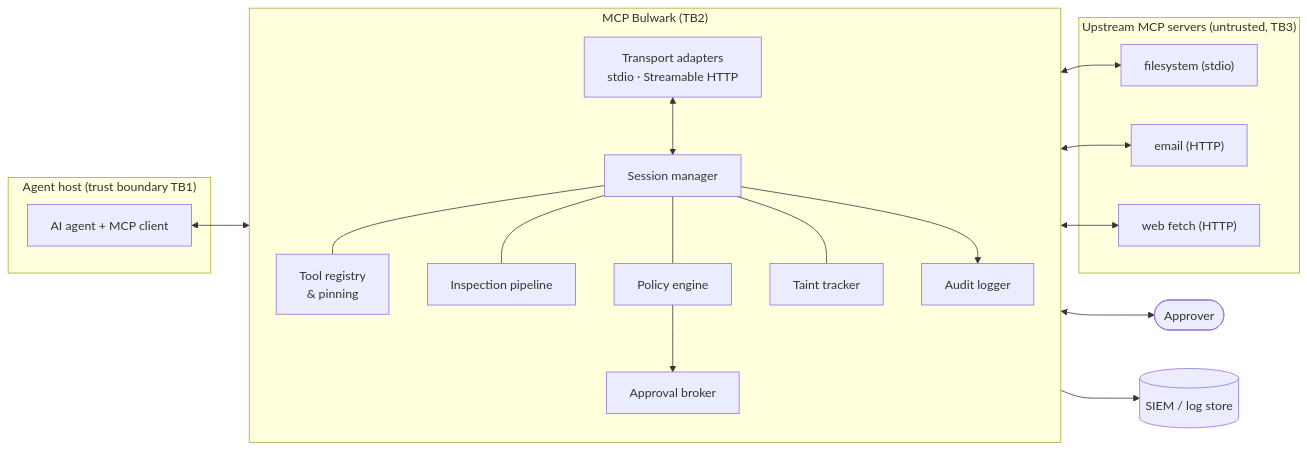
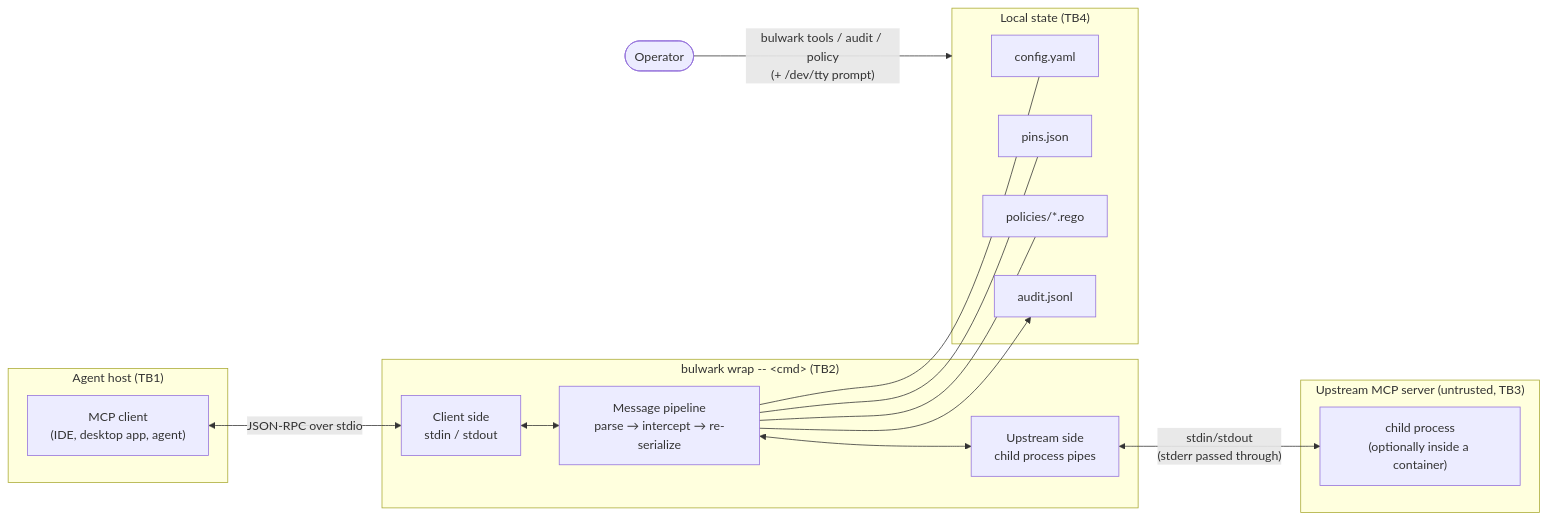
Before and after one commit to 1337-llama/robust-mcp-bulwark: the second of 6 diagrams in DESIGN.md, drawn with Mermaid. The commit also changed other lines of this file and 5 other files, not shown here.

First line of the commit message:
Design 02: architecture, threat model, language and policy engine

````diff
--- a/DESIGN.md
+++ b/DESIGN.md
@@ -181,36 +190,29 @@
 ```mermaid
 flowchart LR
-  subgraph Host["Agent host (trust boundary TB1)"]
-    A["AI agent + MCP client"]
+  subgraph Host["Agent host (TB1)"]
+    C["MCP client<br/>(IDE, desktop app, agent)"]
   end
-  subgraph GW["MCP Bulwark (TB2)"]
-    direction TB
-    T["Transport adapters<br/>stdio · Streamable HTTP"]
-    S["Session manager"]
-    R["Tool registry<br/>& pinning"]
-    I["Inspection pipeline"]
-    P["Policy engine"]
-    F["Taint tracker"]
-    H["Approval broker"]
-    L["Audit logger"]
+  subgraph BW["bulwark wrap -- &lt;cmd&gt; (TB2)"]
+    FE["Client side<br/>stdin / stdout"]
+    PL["Message pipeline<br/>parse → intercept → re-serialize"]
+    BE["Upstream side<br/>child process pipes"]
   end
-  subgraph Up["Upstream MCP servers (untrusted, TB3)"]
-    U1["filesystem (stdio)"]
-    U2["email (HTTP)"]
-    U3["web fetch (HTTP)"]
+  subgraph Up["Upstream MCP server (untrusted, TB3)"]
+    S["child process<br/>(optionally inside a container)"]
   end
-  Human(["Approver"])
-  SIEM[("SIEM / log store")]
-  A <--> T
-  T <--> S
-  S --- R
-  S --- I
-  S --- P
-  S --- F
-  P --> H
-  H <--> Human
-  S --> L --> SIEM
-  S <--> U1
-  S <--> U2
-  S <--> U3
+  subgraph St["Local state (TB4)"]
+    CF["config.yaml"]
+    PN["pins.json"]
+    PO["policies/*.rego"]
+    AU["audit.jsonl"]
+  end
+  OP(["Operator"])
+  C <-->|"JSON-RPC over stdio"| FE
+  FE <--> PL <--> BE
+  BE <-->|"stdin/stdout<br/>(stderr passed through)"| S
+  PL --- CF
+  PL --- PN
+  PL --- PO
+  PL --> AU
+  OP -->|"bulwark tools / audit / policy<br/>(+ /dev/tty prompt)"| St
 ```
````
